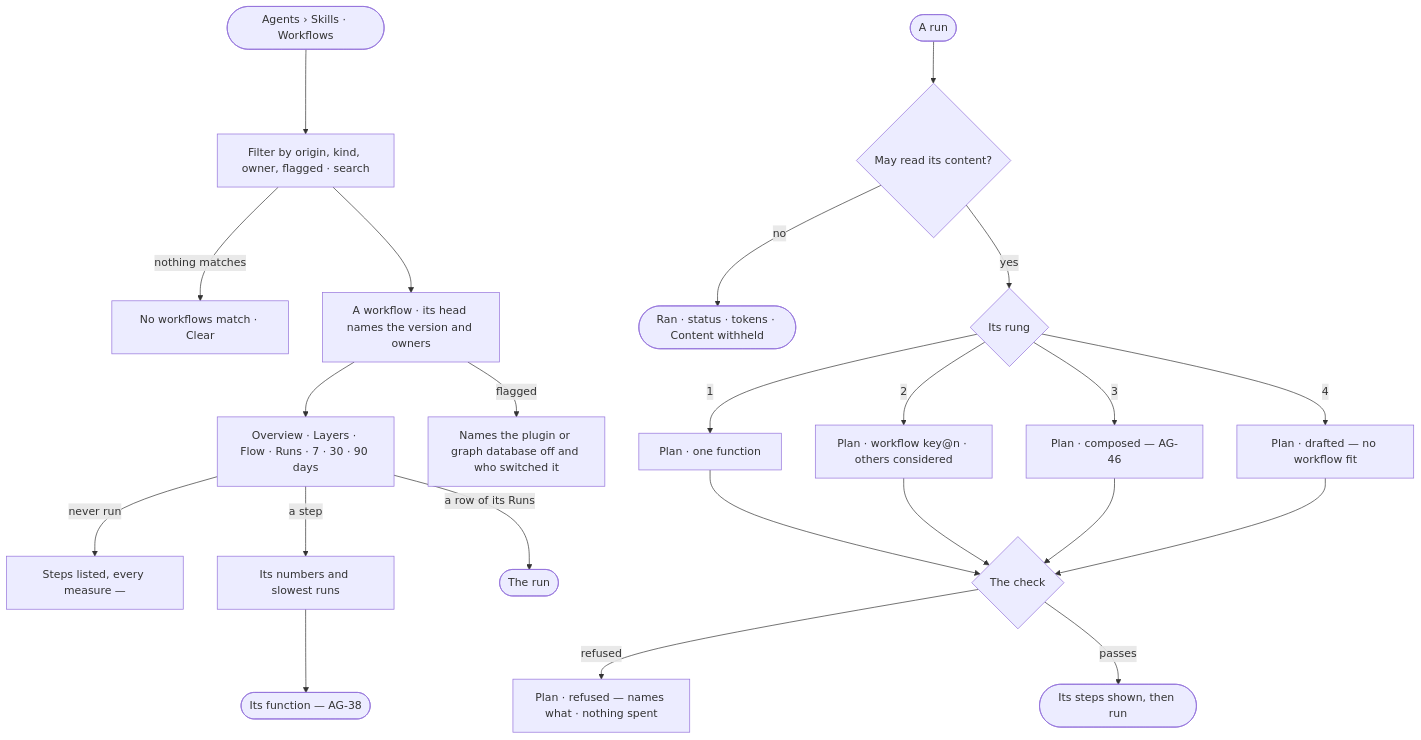
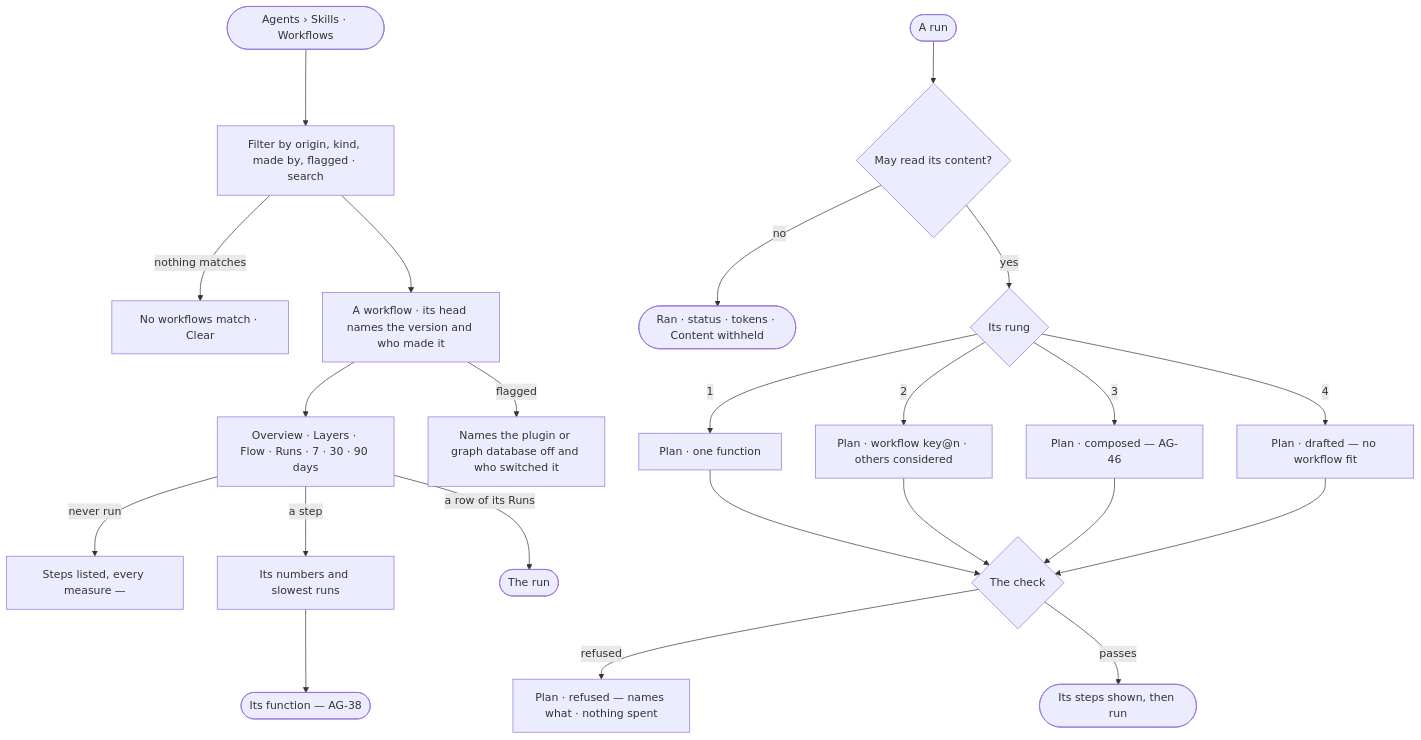
One commit to invana/invana changed the diagram in specs/capabilities/agents/features/AG-F06-plans-and-workflows/stories/AG-18-find-a-plan-and-read-how-it-behaves/story.md. Above: the diagram before and after it, drawn with Mermaid. The commit also changed other lines of this file and 300 other files, not shown here.

````diff
--- a/specs/capabilities/agents/features/AG-F06-plans-and-workflows/stories/AG-18-find-a-plan-and-read-how-it-behaves/story.md
+++ b/specs/capabilities/agents/features/AG-F06-plans-and-workflows/stories/AG-18-find-a-plan-and-read-how-it-behaves/story.md
@@ -28,24 +30,24 @@
 ```mermaid
 flowchart TD
-  a([Agents › Skills · Workflows]) --> f["Filter by origin, kind, owner, flagged · search"]
+  a([Agents › Skills · Workflows]) --> f["Filter by origin, kind, made by, flagged · search"]
   f -->|nothing matches| fx["No workflows match · Clear"]
-  f --> p["A workflow · its head names the version and owners"]
+  f --> p["A workflow · its head names the version and who made it"]
   p --> o["Overview · Layers · Flow · Runs · 7 · 30 · 90 days"]
   o -->|never run| nr["Steps listed, every measure —"]
   o -->|a step| st["Its numbers and slowest runs"] --> fn(["Its function — AG-38"])
   o -->|a row of its Runs| run(["The run"])
   p -->|flagged| fl["Names the plugin or graph database off and who switched it"]
   q([A run]) --> priv{"May read its content?"}
   priv -->|no| wh(["Ran · status · tokens · Content withheld"])
   priv -->|yes| ps{"Its rung"}
   ps -->|1| r1["Plan · one function"]
   ps -->|2| r2["Plan · workflow key@n · others considered"]
   ps -->|3| r3["Plan · composed — AG-46"]
   ps -->|4| r4["Plan · drafted — no workflow fit"]
   r1 --> chk{"The check"}
   r2 --> chk
   r3 --> chk
   r4 --> chk
   chk -->|refused| ref["Plan · refused — names what · nothing spent"]
   chk -->|passes| go(["Its steps shown, then run"])
 ```
````
